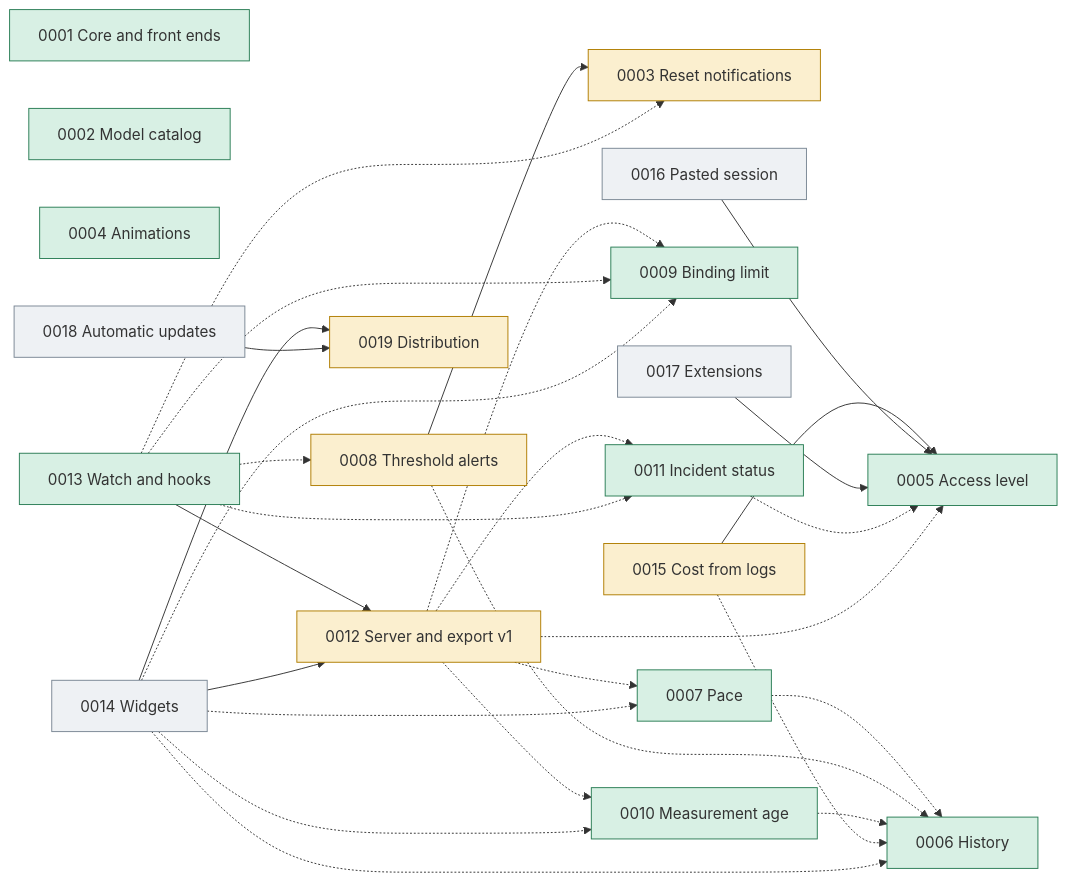
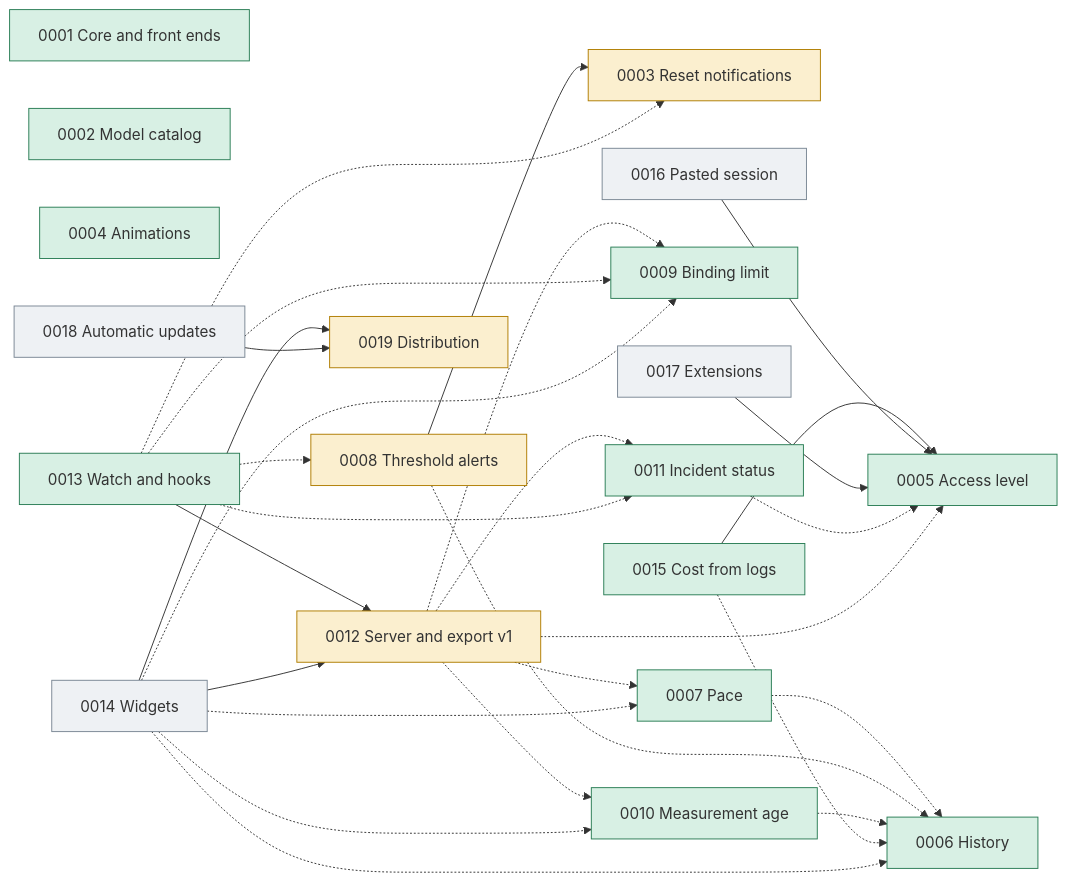
The diagram in docs/plans/0000_control.md (jmarcon/cuotai), drawn with Mermaid before and after one commit. The commit also changed other lines of this file and 41 other files, not shown here.

````diff
--- a/docs/plans/0000_control.md
+++ b/docs/plans/0000_control.md
@@ -111,54 +112,54 @@
 ```mermaid
 graph LR
   classDef done fill:#d8f0e4,stroke:#2a7d55
   classDef wip fill:#fbefcf,stroke:#b07d00
   classDef todo fill:#eef1f4,stroke:#7a8794
 
   P1["0001 Core and front ends"]:::done
   P2["0002 Model catalog"]:::done
   P3["0003 Reset notifications"]:::wip
   P4["0004 Animations"]:::done
   P5["0005 Access level"]:::done
   P6["0006 History"]:::done
   P7["0007 Pace"]:::done
   P8["0008 Threshold alerts"]:::wip
   P9["0009 Binding limit"]:::done
   P10["0010 Measurement age"]:::done
   P11["0011 Incident status"]:::done
   P12["0012 Server and export v1"]:::wip
   P13["0013 Watch and hooks"]:::done
   P14["0014 Widgets"]:::todo
-  P15["0015 Cost from logs"]:::wip
+  P15["0015 Cost from logs"]:::done
   P16["0016 Pasted session"]:::todo
   P17["0017 Extensions"]:::todo
   P18["0018 Automatic updates"]:::todo
   P19["0019 Distribution"]:::wip
 
   P8 --> P3
   P13 --> P12
   P14 --> P12
   P14 --> P19
   P15 --> P5
   P16 --> P5
   P17 --> P5
   P18 --> P19
 
   P7 -.-> P6
   P8 -.-> P6
   P10 -.-> P6
   P11 -.-> P5
   P15 -.-> P6
   P12 -.-> P5
   P12 -.-> P7
   P12 -.-> P9
   P12 -.-> P10
   P12 -.-> P11
   P13 -.-> P3
   P13 -.-> P8
   P13 -.-> P9
   P13 -.-> P11
   P14 -.-> P6
   P14 -.-> P7
   P14 -.-> P9
   P14 -.-> P10
 ```
````
